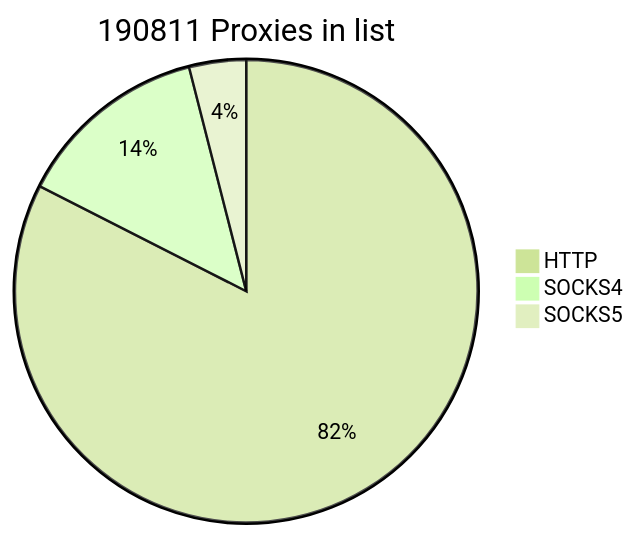
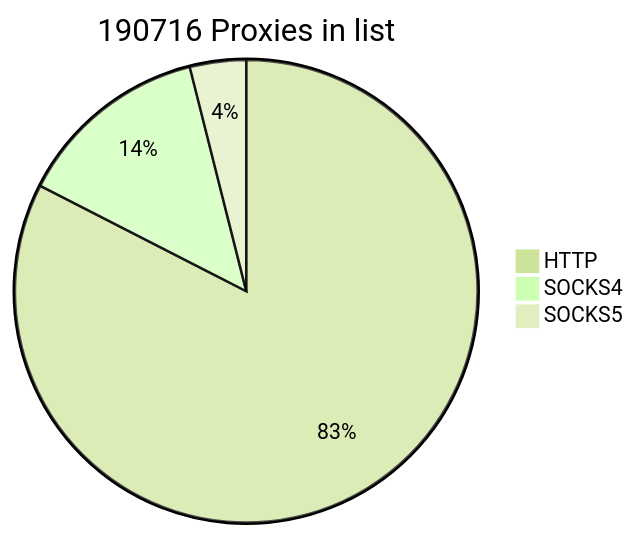
The first of 2 diagrams in README.md (cutipu/proxylist), drawn with Mermaid (forest theme) before and after one commit. The commit also changed other lines of this file, not shown here.

````diff
--- a/README.md
+++ b/README.md
@@ -2,7 +2,7 @@
 ```mermaid
-pie title 190811 Proxies in list
+pie title 190716 Proxies in list
     "HTTP" : 157388
     "SOCKS4" : 25833
-    "SOCKS5" : 7590
+    "SOCKS5" : 7495
             
 ```
````
